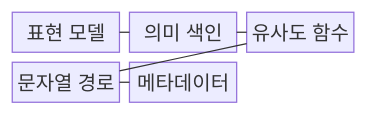
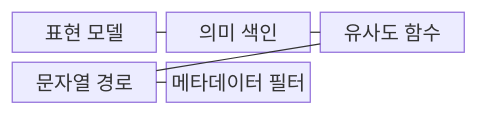
One commit to agnusdei1207/knowledge-base changed the first of 2 diagrams in src/content/docs/notes/08-latest-tech/074_semantic_search.md. Above: the diagram before and after it, drawn with Mermaid. The commit also changed other lines of this file and 493 other files, not shown here.

````diff
--- a/src/content/docs/notes/08-latest-tech/074_semantic_search.md
+++ b/src/content/docs/notes/08-latest-tech/074_semantic_search.md
@@ -67,13 +67,13 @@
 ```mermaid
 block-beta
   columns 3
   encoder["표현 모델"]
   index["의미 색인"]
   similarity["유사도 함수"]
   lexical["문자열 경로"]
-  metadata["메타데이터"]
+  metadata["메타데이터 필터"]
   encoder --- index
   index --- similarity
   similarity --- lexical
   lexical --- metadata
 ```
````
